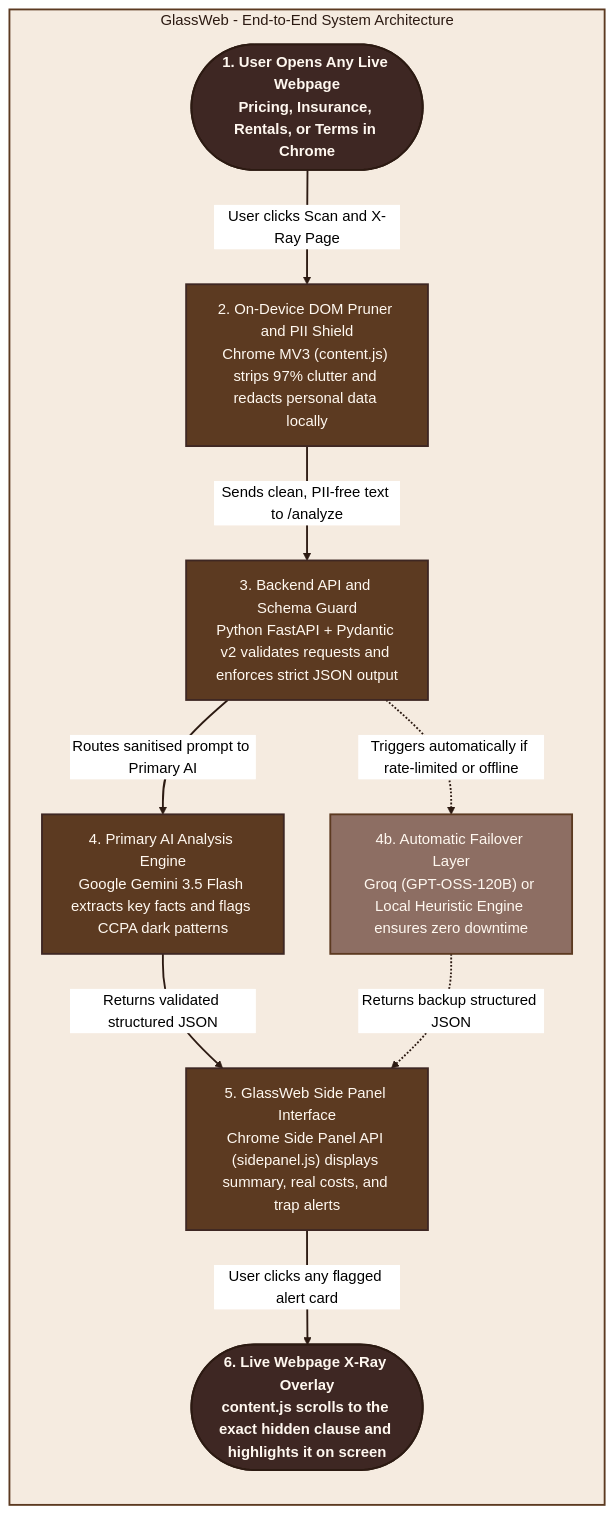
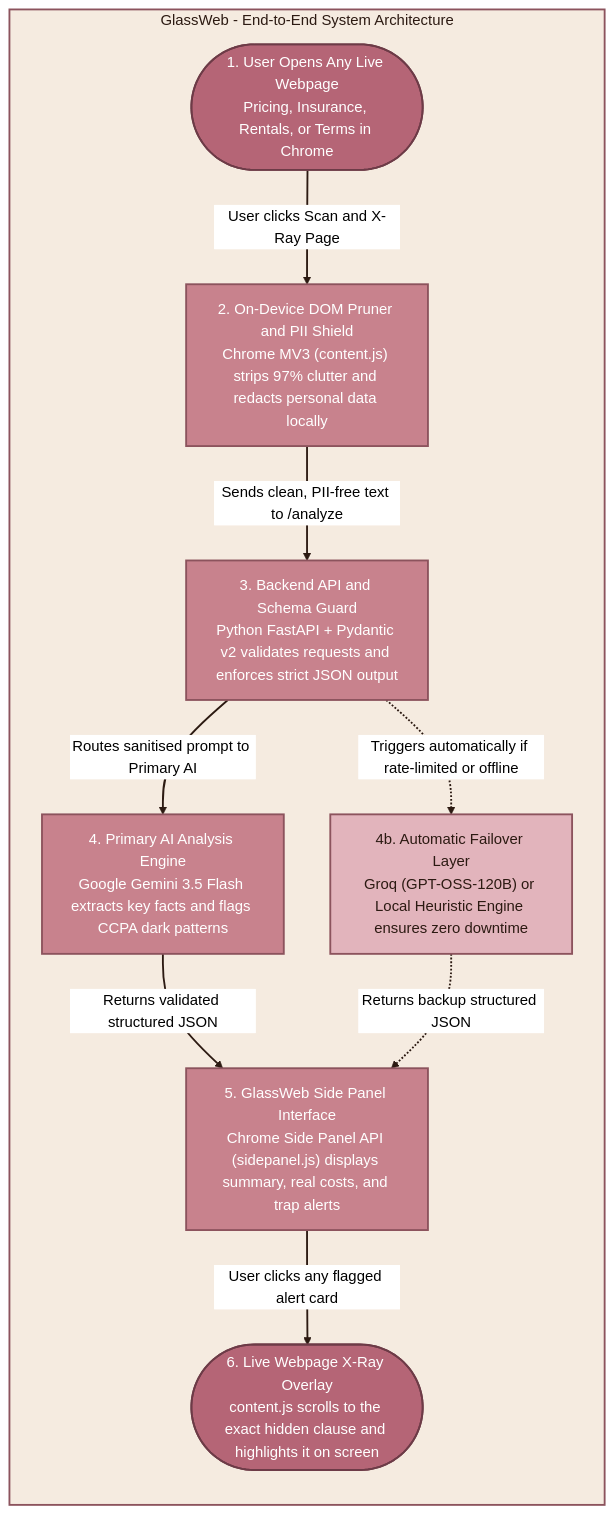
Before and after one commit to samios07/GlassWeb: the diagram in README.md, drawn with Mermaid (neutral theme).

Commit message:
Apply direct dusty rose hex colours to flowchart nodes

````diff
--- a/README.md
+++ b/README.md
@@ -46,34 +46,34 @@
 ```mermaid
 flowchart TB
     subgraph MAIN["GlassWeb - End-to-End System Architecture"]
         direction TB
 
         A(["1. User Opens Any Live Webpage<br/>Pricing, Insurance, Rentals, or Terms in Chrome"])
         B["2. On-Device DOM Pruner and PII Shield<br/>Chrome MV3 (content.js) strips 97% clutter and redacts personal data locally"]
         C["3. Backend API and Schema Guard<br/>Python FastAPI + Pydantic v2 validates requests and enforces strict JSON output"]
         D["4. Primary AI Analysis Engine<br/>Google Gemini 3.5 Flash extracts key facts and flags CCPA dark patterns"]
         E["4b. Automatic Failover Layer<br/>Groq (GPT-OSS-120B) or Local Heuristic Engine ensures zero downtime"]
         F["5. GlassWeb Side Panel Interface<br/>Chrome Side Panel API (sidepanel.js) displays summary, real costs, and trap alerts"]
         G(["6. Live Webpage X-Ray Overlay<br/>content.js scrolls to the exact hidden clause and highlights it on screen"])
 
         A -->|"User clicks Scan and X-Ray Page"| B
         B -->|"Sends clean, PII-free text to /analyze"| C
         C -->|"Routes sanitised prompt to Primary AI"| D
         C -.->|"Triggers automatically if rate-limited or offline"| E
         D -->|"Returns validated structured JSON"| F
         E -.->|"Returns backup structured JSON"| F
         F -->|"User clicks any flagged alert card"| G
     end
 
-    style MAIN fill:#F5EBE0,stroke:#5C3A21,stroke-width:2px,color:#2C1A12
+    style MAIN fill:#F5EBE0,stroke:#8C535D,stroke-width:2px,color:#2C1A12
 
-    classDef darkBrown fill:#3E2723,stroke:#2C1A12,stroke-width:2px,color:#FFF8F0,font-weight:bold
-    classDef warmBrown fill:#5C3A21,stroke:#3E2723,stroke-width:2px,color:#FFF8F0
-    classDef softBrown fill:#8D6E63,stroke:#5C3A21,stroke-width:2px,color:#FFF8F0
-
-    class A,G darkBrown
-    class B,C,D,F warmBrown
-    class E softBrown
+    style A fill:#B56576,stroke:#6D3B47,stroke-width:2px,color:#FFFFFF
+    style B fill:#C8828D,stroke:#8C535D,stroke-width:2px,color:#FFFFFF
+    style C fill:#C8828D,stroke:#8C535D,stroke-width:2px,color:#FFFFFF
+    style D fill:#C8828D,stroke:#8C535D,stroke-width:2px,color:#FFFFFF
+    style E fill:#E2B4BC,stroke:#8C535D,stroke-width:2px,color:#2C1A12
+    style F fill:#C8828D,stroke:#8C535D,stroke-width:2px,color:#FFFFFF
+    style G fill:#B56576,stroke:#6D3B47,stroke-width:2px,color:#FFFFFF
 
     linkStyle default stroke:#2C1A12,stroke-width:2px
 ```
````
